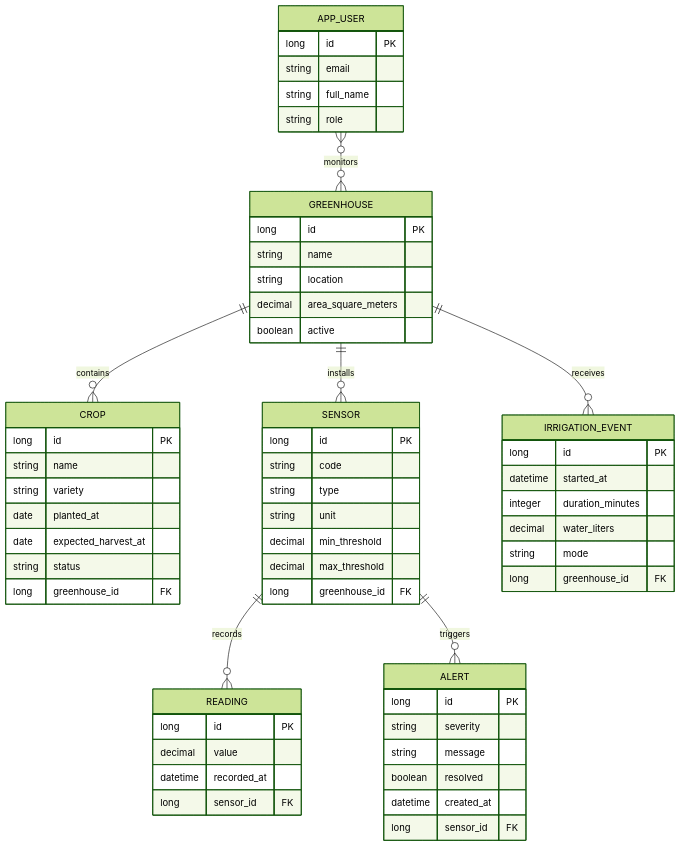
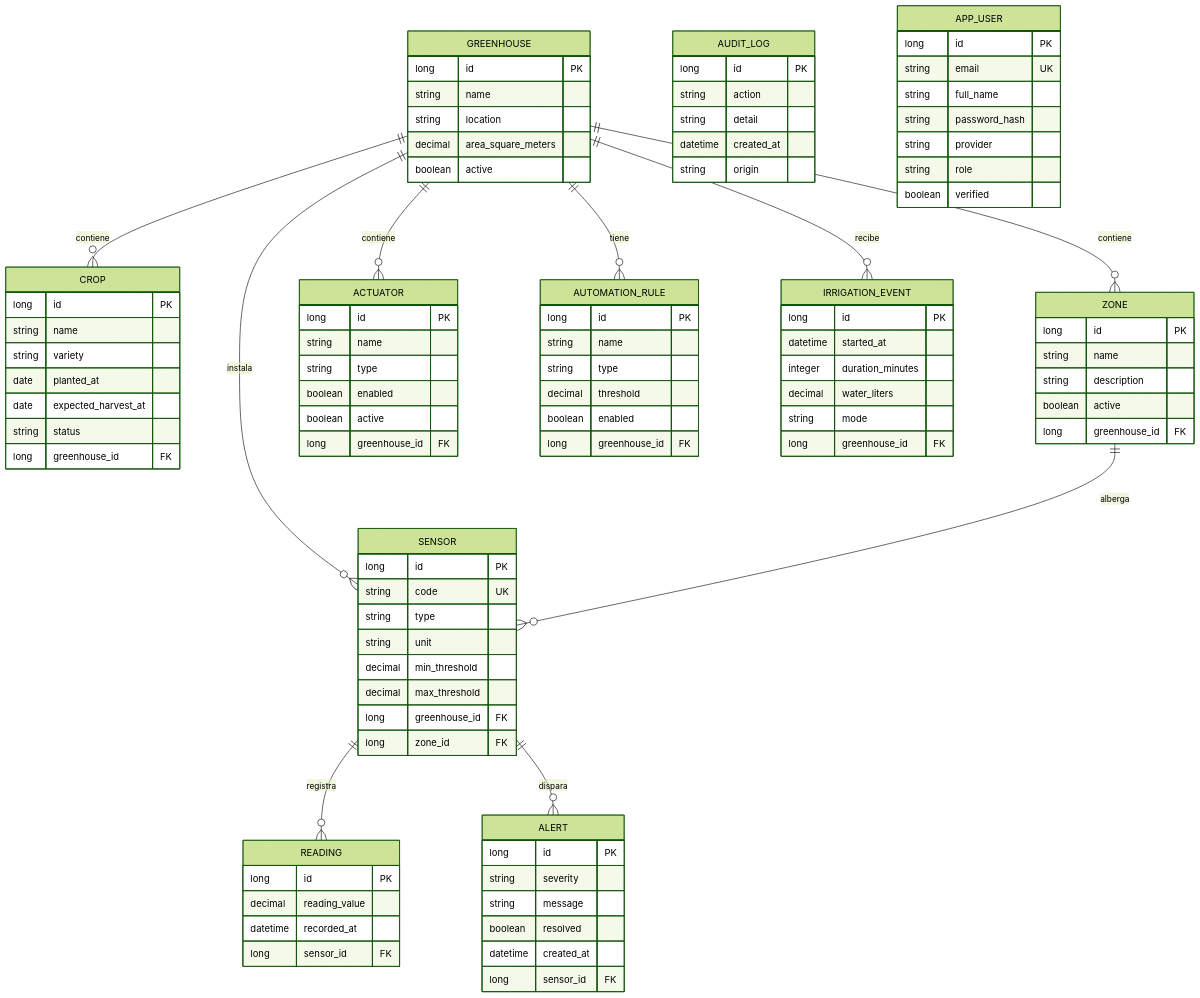
The diagram in docs/entidad-relacion.md (Parzivalfair12/GreenHouse), drawn with Mermaid (forest theme) before and after one commit. The commit also changed other lines of this file and 36 other files, not shown here.

Commit message:
refactor(project): simplify architecture and cleanup ERD dictionary module

````diff
--- a/docs/entidad-relacion.md
+++ b/docs/entidad-relacion.md
@@ -3,11 +5,14 @@
 ```mermaid
 erDiagram
-  GREENHOUSE ||--o{ CROP : contains
-  GREENHOUSE ||--o{ SENSOR : installs
-  GREENHOUSE ||--o{ IRRIGATION_EVENT : receives
-  SENSOR ||--o{ READING : records
-  SENSOR ||--o{ ALERT : triggers
-  APP_USER }o--o{ GREENHOUSE : monitors
+  GREENHOUSE ||--o{ CROP : contiene
+  GREENHOUSE ||--o{ SENSOR : instala
+  GREENHOUSE ||--o{ ZONE : contiene
+  GREENHOUSE ||--o{ ACTUATOR : contiene
+  GREENHOUSE ||--o{ AUTOMATION_RULE : tiene
+  GREENHOUSE ||--o{ IRRIGATION_EVENT : recibe
+  SENSOR ||--o{ READING : registra
+  SENSOR ||--o{ ALERT : dispara
+  ZONE ||--o{ SENSOR : alberga
 
   GREENHOUSE {
     long id PK
@@ -29,17 +34,18 @@
 
   SENSOR {
     long id PK
-    string code
+    string code UK
     string type
     string unit
     decimal min_threshold
     decimal max_threshold
     long greenhouse_id FK
+    long zone_id FK
   }
 
   READING {
     long id PK
-    decimal value
+    decimal reading_value
     datetime recorded_at
     long sensor_id FK
   }
@@ -62,10 +68,47 @@
     long sensor_id FK
   }
 
+  ACTUATOR {
+    long id PK
+    string name
+    string type
+    boolean enabled
+    boolean active
+    long greenhouse_id FK
+  }
+
+  AUTOMATION_RULE {
+    long id PK
+    string name
+    string type
+    decimal threshold
+    boolean enabled
+    long greenhouse_id FK
+  }
+
+  ZONE {
+    long id PK
+    string name
+    string description
+    boolean active
+    long greenhouse_id FK
+  }
+
+  AUDIT_LOG {
+    long id PK
+    string action
+    string detail
+    datetime created_at
+    string origin
+  }
+
   APP_USER {
     long id PK
-    string email
+    string email UK
     string full_name
+    string password_hash
+    string provider
     string role
+    boolean verified
   }
 ```
````
